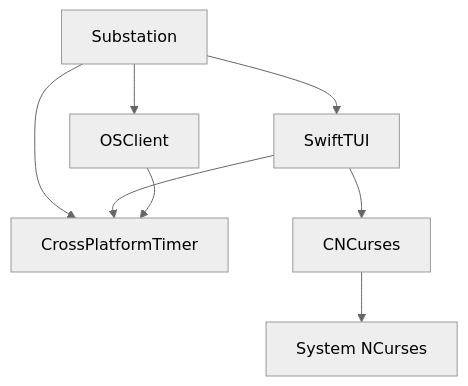
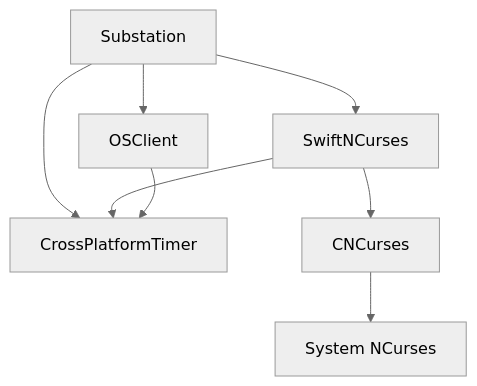
Before and after one commit to bluejayA/substation: the first of 2 diagrams in docs/architecture/index.md, drawn with Mermaid (neutral theme). The commit also changed other lines of this file and 197 other files, not shown here.

First line of the commit message:
chore: rename SwiftTUI to SwiftNCurses

````diff
--- a/docs/architecture/index.md
+++ b/docs/architecture/index.md
@@ -83,13 +83,13 @@
 ```mermaid
 graph TD
     Substation --> OSClient
-    Substation --> SwiftTUI
+    Substation --> SwiftNCurses
     Substation --> CrossPlatformTimer
 
-    SwiftTUI --> CrossPlatformTimer
-    SwiftTUI --> CNCurses
+    SwiftNCurses --> CrossPlatformTimer
+    SwiftNCurses --> CNCurses
 
     OSClient --> CrossPlatformTimer
 
     CNCurses --> NCurses[System NCurses]
 ```
````
